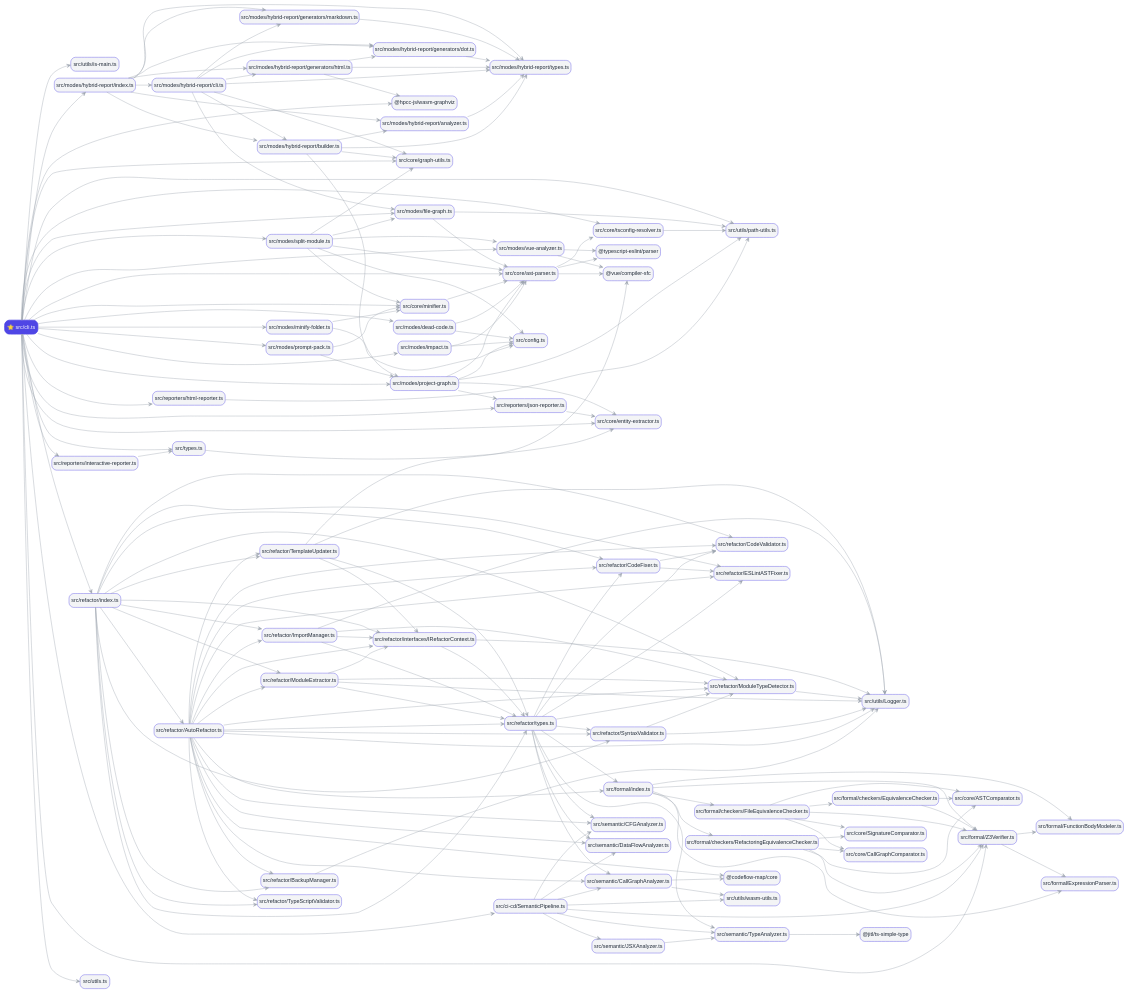
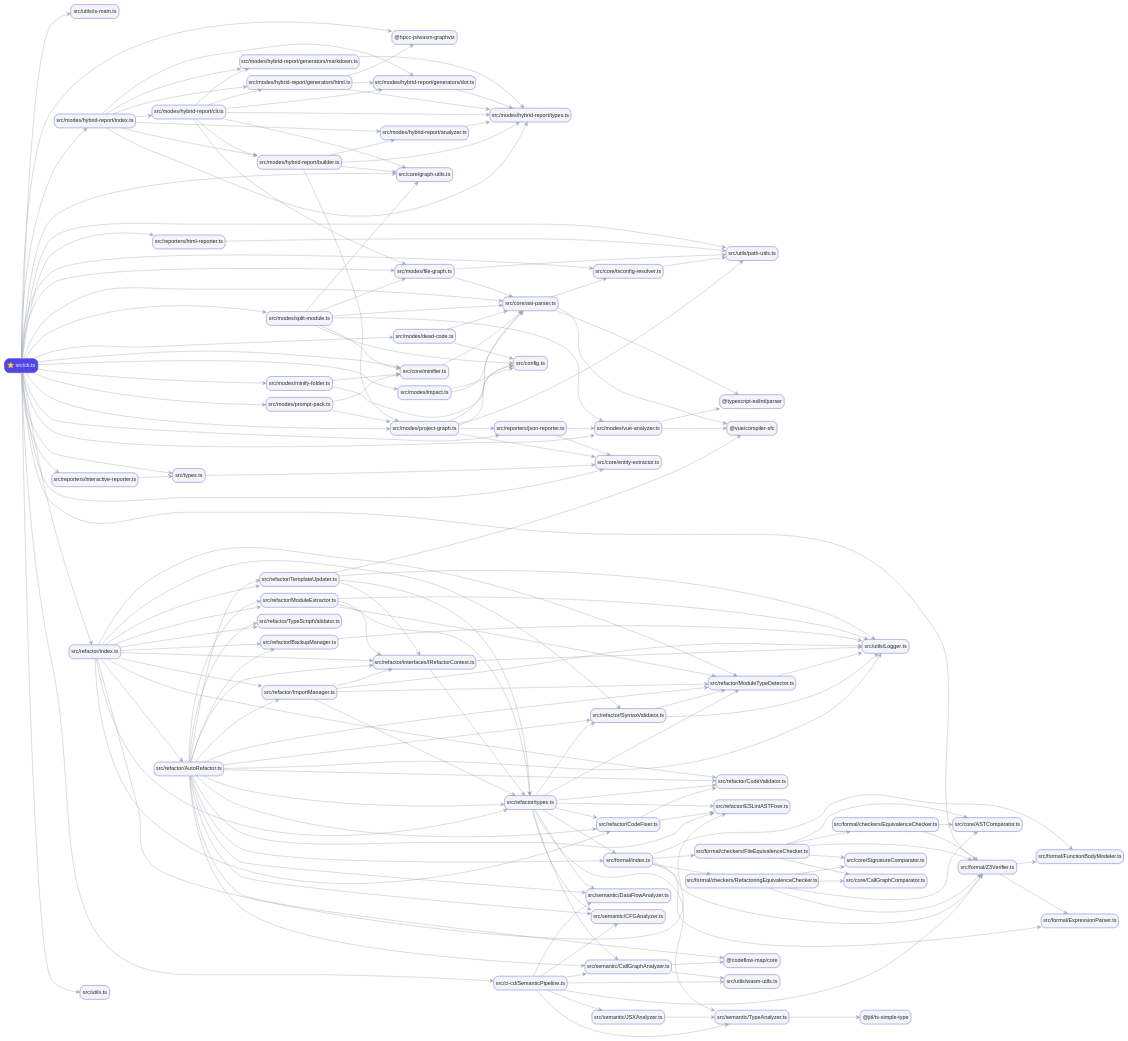
Before and after one commit to ZababurinSergei/ast-analyzer: the diagram in reports/entities-component-tree-deep/output.dot, drawn with Graphviz. The commit also changed 10 other files, not shown here.

```diff
--- a/reports/entities-component-tree-deep/output.dot
+++ b/reports/entities-component-tree-deep/output.dot
@@ -1,178 +1,179 @@
 digraph "Dependency Graph" {
   rankdir=LR;
   splines=true;
   node [shape=box, style="filled,rounded", color="#4f46e5", fontname="Arial", fillcolor="#f3f4f6", fontcolor="#1f2937", penwidth=1];
   edge [color="#9ca3af", arrowhead=vee, penwidth=1];
   "src/cli.ts" [fillcolor="#4f46e5", fontcolor="#ffffff", penwidth=2, label="⭐ src/cli.ts"];
   "src/cli.ts" -> "src/utils/is-main.ts";
   "src/cli.ts" -> "@hpcc-js/wasm-graphviz";
   "src/cli.ts" -> "src/core/minifier.ts";
   "src/cli.ts" -> "src/core/graph-utils.ts";
   "src/cli.ts" -> "src/core/tsconfig-resolver.ts";
   "src/cli.ts" -> "src/core/ast-parser.ts";
   "src/cli.ts" -> "src/core/entity-extractor.ts";
   "src/cli.ts" -> "src/modes/project-graph.ts";
   "src/cli.ts" -> "src/modes/file-graph.ts";
   "src/cli.ts" -> "src/modes/prompt-pack.ts";
   "src/cli.ts" -> "src/modes/split-module.ts";
   "src/cli.ts" -> "src/modes/impact.ts";
   "src/cli.ts" -> "src/modes/dead-code.ts";
   "src/cli.ts" -> "src/modes/minify-folder.ts";
   "src/cli.ts" -> "src/modes/vue-analyzer.ts";
   "src/cli.ts" -> "src/refactor/index.ts";
   "src/cli.ts" -> "src/ci-cd/SemanticPipeline.ts";
   "src/cli.ts" -> "src/formal/Z3Verifier.ts";
   "src/cli.ts" -> "src/modes/hybrid-report/index.ts";
   "src/cli.ts" -> "src/reporters/json-reporter.ts";
   "src/cli.ts" -> "src/reporters/html-reporter.ts";
   "src/cli.ts" -> "src/reporters/interactive-reporter.ts";
   "src/cli.ts" -> "src/types.ts";
   "src/cli.ts" -> "src/utils.ts";
   "src/cli.ts" -> "src/utils/path-utils.ts";
   "src/core/minifier.ts" -> "src/core/ast-parser.ts";
   "src/core/tsconfig-resolver.ts" -> "src/utils/path-utils.ts";
   "src/core/ast-parser.ts" -> "@typescript-eslint/parser";
   "src/core/ast-parser.ts" -> "@vue/compiler-sfc";
   "src/core/ast-parser.ts" -> "src/core/tsconfig-resolver.ts";
   "src/modes/project-graph.ts" -> "src/core/ast-parser.ts";
   "src/modes/project-graph.ts" -> "src/core/entity-extractor.ts";
   "src/modes/project-graph.ts" -> "src/config.ts";
   "src/modes/project-graph.ts" -> "src/utils/path-utils.ts";
   "src/modes/project-graph.ts" -> "src/reporters/json-reporter.ts";
   "src/modes/file-graph.ts" -> "src/core/ast-parser.ts";
   "src/modes/file-graph.ts" -> "src/utils/path-utils.ts";
   "src/modes/prompt-pack.ts" -> "src/modes/project-graph.ts";
   "src/modes/prompt-pack.ts" -> "src/core/minifier.ts";
   "src/modes/split-module.ts" -> "src/core/ast-parser.ts";
   "src/modes/split-module.ts" -> "src/core/minifier.ts";
   "src/modes/split-module.ts" -> "src/modes/file-graph.ts";
   "src/modes/split-module.ts" -> "src/core/graph-utils.ts";
   "src/modes/split-module.ts" -> "src/config.ts";
   "src/modes/split-module.ts" -> "src/modes/vue-analyzer.ts";
   "src/modes/impact.ts" -> "src/core/ast-parser.ts";
   "src/modes/impact.ts" -> "src/config.ts";
   "src/modes/dead-code.ts" -> "src/core/ast-parser.ts";
   "src/modes/dead-code.ts" -> "src/config.ts";
   "src/modes/minify-folder.ts" -> "src/core/minifier.ts";
   "src/modes/minify-folder.ts" -> "src/config.ts";
   "src/modes/vue-analyzer.ts" -> "@vue/compiler-sfc";
   "src/modes/vue-analyzer.ts" -> "@typescript-eslint/parser";
   "src/refactor/index.ts" -> "src/refactor/types.ts";
   "src/refactor/index.ts" -> "src/refactor/AutoRefactor.ts";
   "src/refactor/index.ts" -> "src/refactor/ModuleExtractor.ts";
   "src/refactor/index.ts" -> "src/refactor/ImportManager.ts";
   "src/refactor/index.ts" -> "src/refactor/TypeScriptValidator.ts";
   "src/refactor/index.ts" -> "src/refactor/ESLintASTFixer.ts";
   "src/refactor/index.ts" -> "src/refactor/CodeValidator.ts";
   "src/refactor/index.ts" -> "src/refactor/CodeFixer.ts";
   "src/refactor/index.ts" -> "src/refactor/TemplateUpdater.ts";
   "src/refactor/index.ts" -> "src/refactor/SyntaxValidator.ts";
   "src/refactor/index.ts" -> "src/refactor/ModuleTypeDetector.ts";
   "src/refactor/index.ts" -> "src/refactor/BackupManager.ts";
   "src/refactor/index.ts" -> "src/refactor/interfaces/IRefactorContext.ts";
   "src/ci-cd/SemanticPipeline.ts" -> "src/semantic/CFGAnalyzer.ts";
   "src/ci-cd/SemanticPipeline.ts" -> "src/semantic/CallGraphAnalyzer.ts";
   "src/ci-cd/SemanticPipeline.ts" -> "src/semantic/TypeAnalyzer.ts";
   "src/ci-cd/SemanticPipeline.ts" -> "src/semantic/DataFlowAnalyzer.ts";
   "src/ci-cd/SemanticPipeline.ts" -> "src/formal/Z3Verifier.ts";
   "src/ci-cd/SemanticPipeline.ts" -> "src/semantic/JSXAnalyzer.ts";
   "src/ci-cd/SemanticPipeline.ts" -> "src/utils/wasm-utils.ts";
   "src/formal/Z3Verifier.ts" -> "src/formal/ExpressionParser.ts";
   "src/formal/Z3Verifier.ts" -> "src/formal/FunctionBodyModeler.ts";
   "src/modes/hybrid-report/index.ts" -> "src/modes/hybrid-report/types.ts";
   "src/modes/hybrid-report/index.ts" -> "src/modes/hybrid-report/cli.ts";
   "src/modes/hybrid-report/index.ts" -> "src/modes/hybrid-report/builder.ts";
   "src/modes/hybrid-report/index.ts" -> "src/modes/hybrid-report/analyzer.ts";
   "src/modes/hybrid-report/index.ts" -> "src/modes/hybrid-report/generators/dot.ts";
   "src/modes/hybrid-report/index.ts" -> "src/modes/hybrid-report/generators/html.ts";
   "src/modes/hybrid-report/index.ts" -> "src/modes/hybrid-report/generators/markdown.ts";
   "src/reporters/json-reporter.ts" -> "src/core/entity-extractor.ts";
+  "src/reporters/json-reporter.ts" -> "src/modes/vue-analyzer.ts";
   "src/reporters/html-reporter.ts" -> "src/utils/path-utils.ts";
   "src/reporters/interactive-reporter.ts" -> "src/types.ts";
   "src/types.ts" -> "src/core/entity-extractor.ts";
   "src/refactor/types.ts" -> "src/semantic/CFGAnalyzer.ts";
   "src/refactor/types.ts" -> "src/semantic/CallGraphAnalyzer.ts";
   "src/refactor/types.ts" -> "src/semantic/DataFlowAnalyzer.ts";
   "src/refactor/types.ts" -> "src/semantic/TypeAnalyzer.ts";
   "src/refactor/types.ts" -> "src/formal/index.ts";
   "src/refactor/types.ts" -> "src/refactor/ESLintASTFixer.ts";
   "src/refactor/types.ts" -> "src/refactor/CodeValidator.ts";
   "src/refactor/types.ts" -> "src/refactor/CodeFixer.ts";
   "src/refactor/types.ts" -> "src/refactor/ModuleTypeDetector.ts";
   "src/refactor/types.ts" -> "src/refactor/SyntaxValidator.ts";
   "src/refactor/AutoRefactor.ts" -> "src/utils/Logger.ts";
   "src/refactor/AutoRefactor.ts" -> "src/refactor/ModuleExtractor.ts";
   "src/refactor/AutoRefactor.ts" -> "src/refactor/ImportManager.ts";
   "src/refactor/AutoRefactor.ts" -> "src/refactor/TypeScriptValidator.ts";
   "src/refactor/AutoRefactor.ts" -> "src/refactor/ESLintASTFixer.ts";
   "src/refactor/AutoRefactor.ts" -> "src/refactor/CodeValidator.ts";
   "src/refactor/AutoRefactor.ts" -> "src/refactor/CodeFixer.ts";
   "src/refactor/AutoRefactor.ts" -> "src/refactor/TemplateUpdater.ts";
   "src/refactor/AutoRefactor.ts" -> "@codeflow-map/core";
   "src/refactor/AutoRefactor.ts" -> "src/semantic/CFGAnalyzer.ts";
   "src/refactor/AutoRefactor.ts" -> "src/semantic/CallGraphAnalyzer.ts";
   "src/refactor/AutoRefactor.ts" -> "src/semantic/DataFlowAnalyzer.ts";
   "src/refactor/AutoRefactor.ts" -> "src/refactor/SyntaxValidator.ts";
   "src/refactor/AutoRefactor.ts" -> "src/refactor/ModuleTypeDetector.ts";
   "src/refactor/AutoRefactor.ts" -> "src/refactor/BackupManager.ts";
   "src/refactor/AutoRefactor.ts" -> "src/formal/index.ts";
   "src/refactor/AutoRefactor.ts" -> "src/refactor/interfaces/IRefactorContext.ts";
   "src/refactor/AutoRefactor.ts" -> "src/refactor/types.ts";
   "src/refactor/ModuleExtractor.ts" -> "src/utils/Logger.ts";
   "src/refactor/ModuleExtractor.ts" -> "src/refactor/ModuleTypeDetector.ts";
   "src/refactor/ModuleExtractor.ts" -> "src/refactor/interfaces/IRefactorContext.ts";
   "src/refactor/ModuleExtractor.ts" -> "src/refactor/types.ts";
   "src/refactor/ImportManager.ts" -> "src/refactor/types.ts";
   "src/refactor/ImportManager.ts" -> "src/utils/Logger.ts";
   "src/refactor/ImportManager.ts" -> "src/refactor/ModuleTypeDetector.ts";
   "src/refactor/ImportManager.ts" -> "src/refactor/interfaces/IRefactorContext.ts";
   "src/refactor/CodeFixer.ts" -> "src/refactor/CodeValidator.ts";
   "src/refactor/CodeFixer.ts" -> "src/refactor/ESLintASTFixer.ts";
   "src/refactor/TemplateUpdater.ts" -> "src/refactor/interfaces/IRefactorContext.ts";
   "src/refactor/TemplateUpdater.ts" -> "@vue/compiler-sfc";
   "src/refactor/TemplateUpdater.ts" -> "src/refactor/types.ts";
   "src/refactor/TemplateUpdater.ts" -> "src/utils/Logger.ts";
   "src/refactor/SyntaxValidator.ts" -> "src/utils/Logger.ts";
   "src/refactor/SyntaxValidator.ts" -> "src/refactor/ModuleTypeDetector.ts";
   "src/refactor/ModuleTypeDetector.ts" -> "src/utils/Logger.ts";
   "src/refactor/BackupManager.ts" -> "src/utils/Logger.ts";
   "src/refactor/interfaces/IRefactorContext.ts" -> "src/refactor/types.ts";
   "src/refactor/interfaces/IRefactorContext.ts" -> "src/utils/Logger.ts";
   "src/semantic/CallGraphAnalyzer.ts" -> "@codeflow-map/core";
   "src/semantic/CallGraphAnalyzer.ts" -> "src/utils/wasm-utils.ts";
   "src/semantic/TypeAnalyzer.ts" -> "@jitl/ts-simple-type";
   "src/semantic/JSXAnalyzer.ts" -> "src/semantic/TypeAnalyzer.ts";
   "src/modes/hybrid-report/cli.ts" -> "src/modes/file-graph.ts";
   "src/modes/hybrid-report/cli.ts" -> "src/core/graph-utils.ts";
   "src/modes/hybrid-report/cli.ts" -> "src/modes/hybrid-report/types.ts";
   "src/modes/hybrid-report/cli.ts" -> "src/modes/hybrid-report/builder.ts";
   "src/modes/hybrid-report/cli.ts" -> "src/modes/hybrid-report/generators/dot.ts";
   "src/modes/hybrid-report/cli.ts" -> "src/modes/hybrid-report/generators/html.ts";
   "src/modes/hybrid-report/cli.ts" -> "src/modes/hybrid-report/generators/markdown.ts";
   "src/modes/hybrid-report/builder.ts" -> "src/modes/project-graph.ts";
   "src/modes/hybrid-report/builder.ts" -> "src/core/graph-utils.ts";
   "src/modes/hybrid-report/builder.ts" -> "src/modes/hybrid-report/types.ts";
   "src/modes/hybrid-report/builder.ts" -> "src/modes/hybrid-report/analyzer.ts";
   "src/modes/hybrid-report/analyzer.ts" -> "src/modes/hybrid-report/types.ts";
   "src/modes/hybrid-report/generators/dot.ts" -> "src/modes/hybrid-report/types.ts";
   "src/modes/hybrid-report/generators/html.ts" -> "@hpcc-js/wasm-graphviz";
   "src/modes/hybrid-report/generators/html.ts" -> "src/modes/hybrid-report/types.ts";
   "src/modes/hybrid-report/generators/html.ts" -> "src/modes/hybrid-report/generators/dot.ts";
   "src/modes/hybrid-report/generators/markdown.ts" -> "src/modes/hybrid-report/types.ts";
   "src/formal/index.ts" -> "src/formal/Z3Verifier.ts";
   "src/formal/index.ts" -> "src/formal/FunctionBodyModeler.ts";
   "src/formal/index.ts" -> "src/formal/checkers/FileEquivalenceChecker.ts";
   "src/formal/index.ts" -> "src/formal/checkers/RefactoringEquivalenceChecker.ts";
   "src/formal/index.ts" -> "src/formal/ExpressionParser.ts";
   "src/formal/checkers/FileEquivalenceChecker.ts" -> "src/formal/checkers/EquivalenceChecker.ts";
   "src/formal/checkers/FileEquivalenceChecker.ts" -> "src/formal/Z3Verifier.ts";
   "src/formal/checkers/FileEquivalenceChecker.ts" -> "src/core/ASTComparator.ts";
   "src/formal/checkers/FileEquivalenceChecker.ts" -> "src/core/SignatureComparator.ts";
   "src/formal/checkers/FileEquivalenceChecker.ts" -> "src/core/CallGraphComparator.ts";
   "src/formal/checkers/RefactoringEquivalenceChecker.ts" -> "src/formal/Z3Verifier.ts";
   "src/formal/checkers/RefactoringEquivalenceChecker.ts" -> "src/core/ASTComparator.ts";
   "src/formal/checkers/RefactoringEquivalenceChecker.ts" -> "src/core/SignatureComparator.ts";
   "src/formal/checkers/RefactoringEquivalenceChecker.ts" -> "src/core/CallGraphComparator.ts";
   "src/formal/checkers/EquivalenceChecker.ts" -> "src/formal/Z3Verifier.ts";
   "src/formal/checkers/EquivalenceChecker.ts" -> "src/core/ASTComparator.ts";
 }
```
